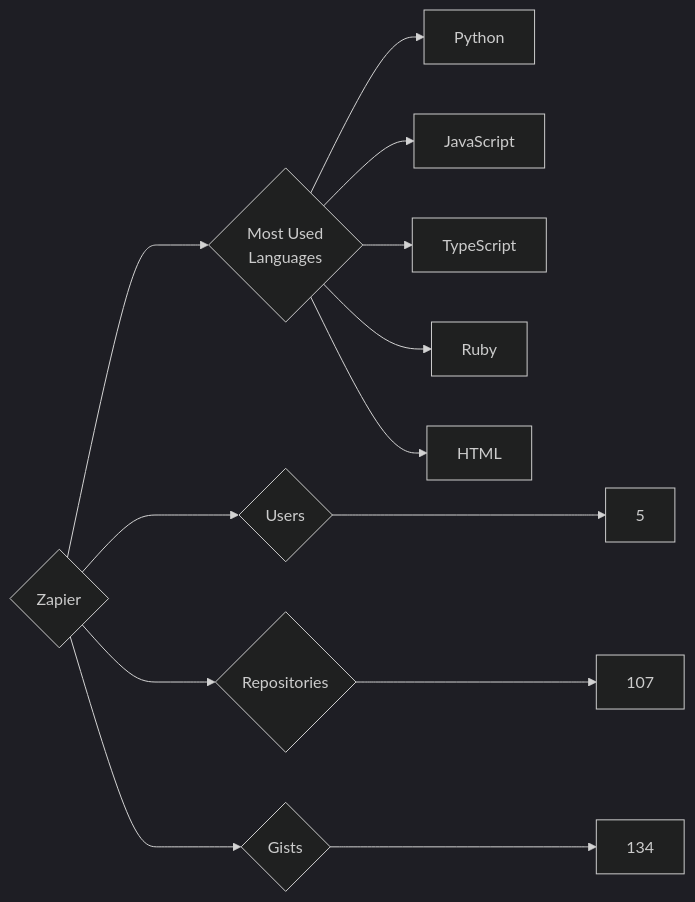
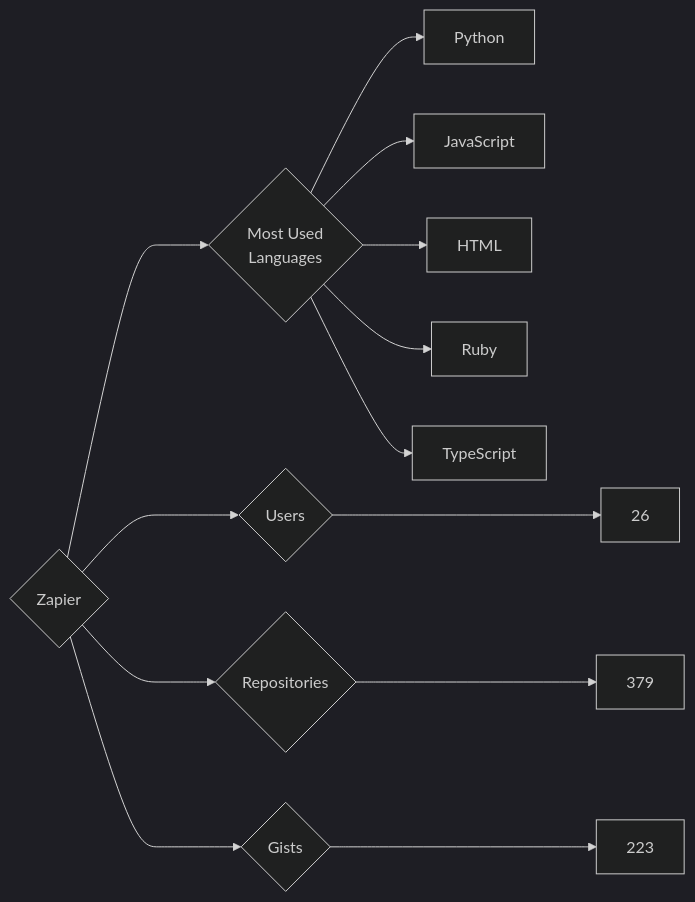
The diagram in targets/Zapier/README.md (trickest/insiders), drawn with Mermaid (dark theme) before and after one commit. The commit also changed 955 other files, not shown here.

````diff
--- a/targets/Zapier/README.md
+++ b/targets/Zapier/README.md
@@ -3,13 +3,13 @@
 ```mermaid
 graph LR
 COMPANY_NAME{Zapier}
-COMPANY_NAME ---> U{Users} ---> UN[5]
-COMPANY_NAME ---> R{Repositories} ---> RN[107]
-COMPANY_NAME ---> G{Gists} ---> GN[134]
+COMPANY_NAME ---> U{Users} ---> UN[26]
+COMPANY_NAME ---> R{Repositories} ---> RN[379]
+COMPANY_NAME ---> G{Gists} ---> GN[223]
 COMPANY_NAME ---> ML{Most Used<br>Languages}
 ML --> Python[Python]
 ML --> JavaScript[JavaScript]
+ML --> HTML[HTML]
+ML --> Ruby[Ruby]
 ML --> TypeScript[TypeScript]
-ML --> Ruby[Ruby]
-ML --> HTML[HTML]
 ```
````
